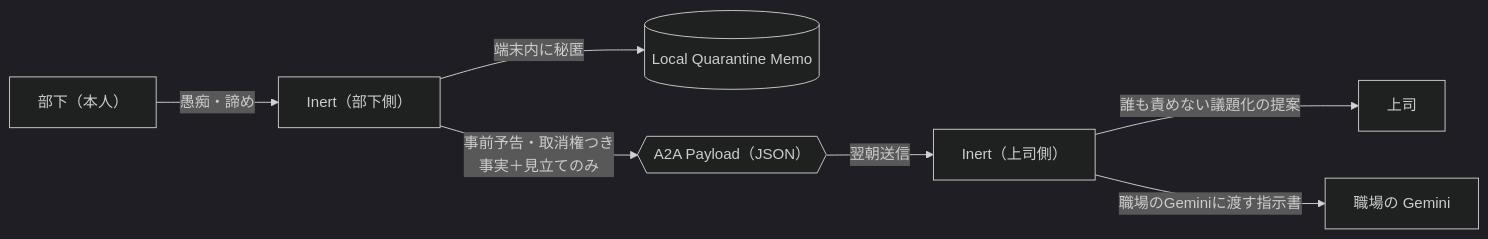
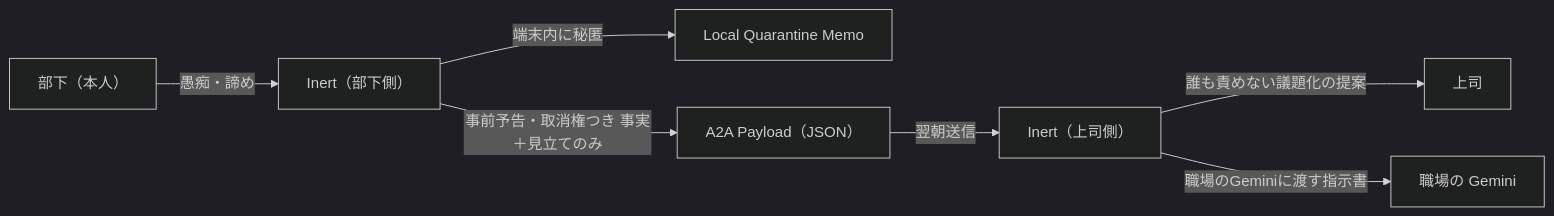
The first of 6 diagrams in README.md (projectLEAN727/Inert), drawn with Mermaid (dark theme) before and after one commit. The commit also changed other lines of this file, not shown here.

Commit message:
Fix README badge rendering, Mermaid syntax, and markdown formatting

````diff
--- a/README.md
+++ b/README.md
@@ -30,9 +27,9 @@
 ```mermaid
 flowchart LR
     U1["部下（本人）"] -- "愚痴・諦め" --> I1["Inert（部下側）"]
-    I1 -- "端末内に秘匿" --> M1[("Local Quarantine Memo")]
-    I1 -- "事前予告・取消権つき<br/>事実＋見立てのみ" --> J{{"A2A Payload（JSON）"}}
+    I1 -- "端末内に秘匿" --> M1["Local Quarantine Memo"]
+    I1 -- "事前予告・取消権つき 事実＋見立てのみ" --> J["A2A Payload（JSON）"]
     J -- "翌朝送信" --> I2["Inert（上司側）"]
     I2 -- "誰も責めない議題化の提案" --> U2["上司"]
     I2 -- "職場のGeminiに渡す指示書" --> W["職場の Gemini"]
 ```
````
